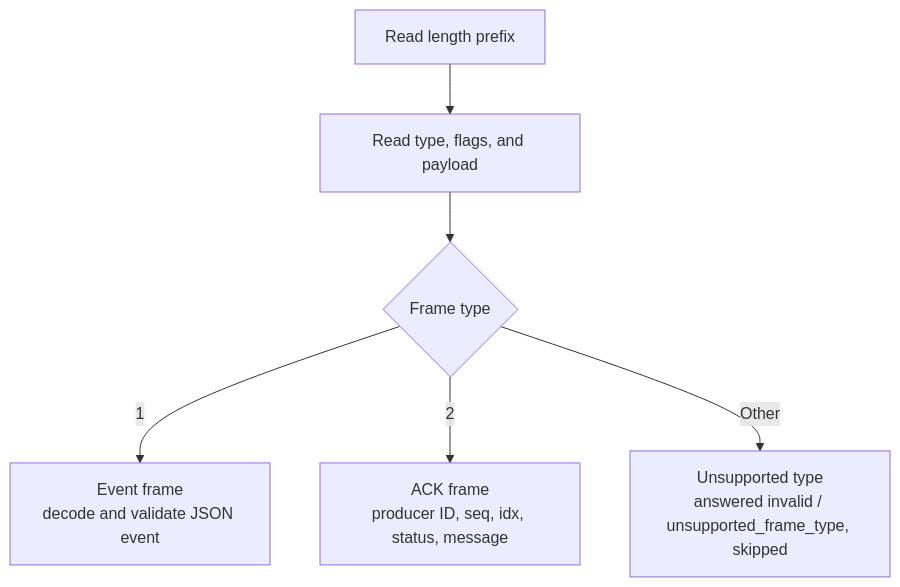
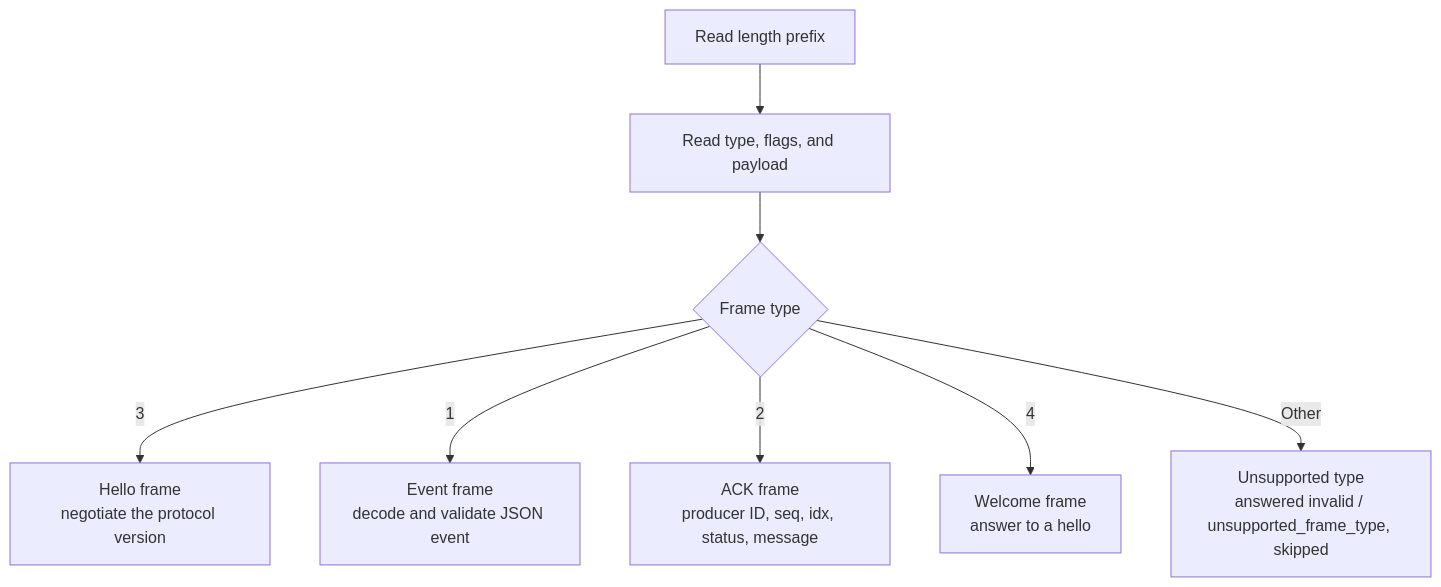
Before and after one commit to PratyushVishal11011/Fairgate: the second of 3 diagrams in docs/wire-protocol.md, drawn with Mermaid. The commit also changed other lines of this file and 20 other files, not shown here.

````diff
--- a/docs/wire-protocol.md
+++ b/docs/wire-protocol.md
@@ -28,8 +28,10 @@
 ```mermaid
 flowchart TD
     R["Read length prefix"] --> RB["Read type, flags, and payload"]
     RB --> TY{"Frame type"}
+    TY -->|"3"| HE["Hello frame<br/>negotiate the protocol version"]
     TY -->|"1"| EV["Event frame<br/>decode and validate JSON event"]
     TY -->|"2"| AK["ACK frame<br/>producer ID, seq, idx, status, message"]
+    TY -->|"4"| WE["Welcome frame<br/>answer to a hello"]
     TY -->|"Other"| UN["Unsupported type<br/>answered invalid / unsupported_frame_type, skipped"]
 ```
````
